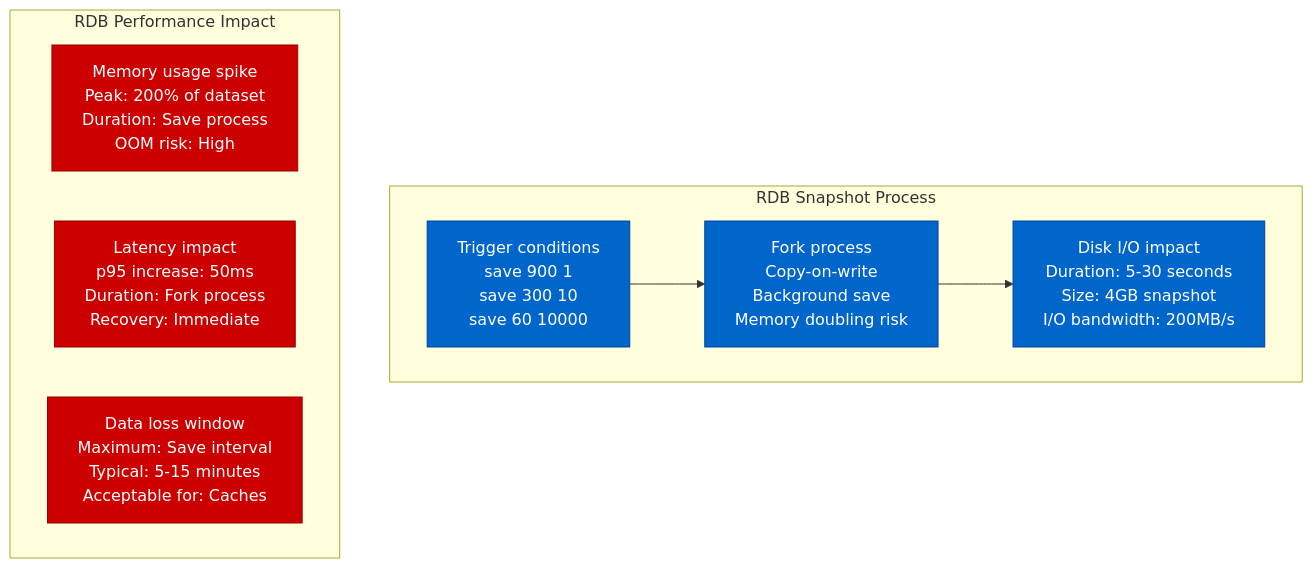
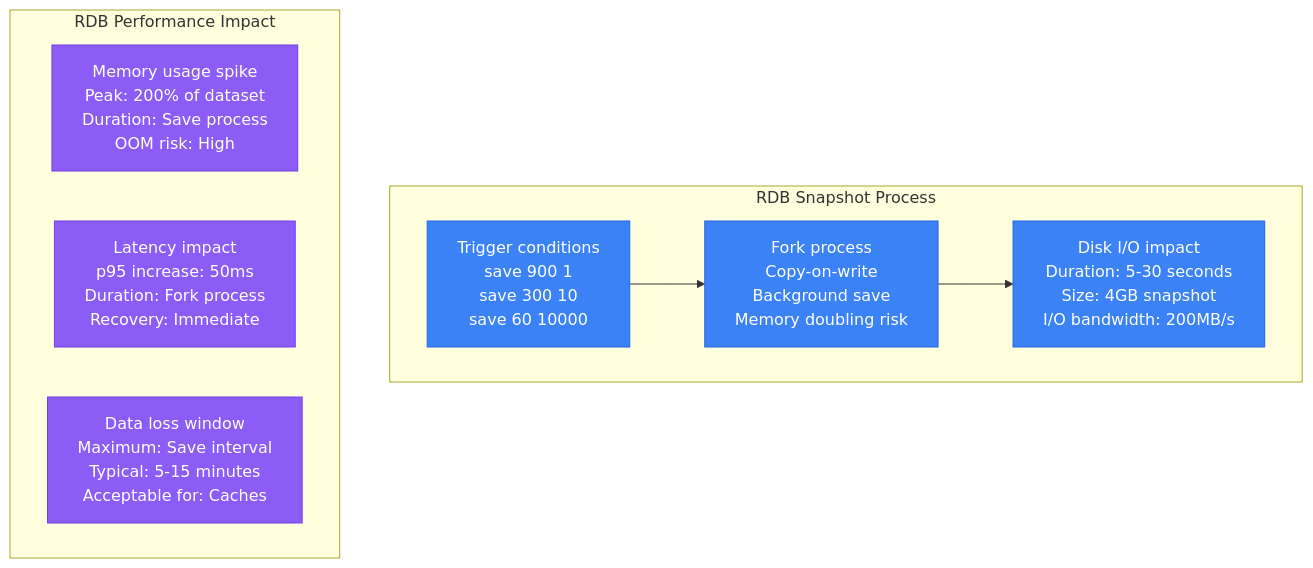
Before and after one commit to deepaucksharma/DS: the fourth of 15 diagrams in site/docs/performance/redis-performance-profile.md, drawn with Mermaid. The commit also changed other lines of this file and 303 other files, not shown here.

````diff
--- a/site/docs/performance/redis-performance-profile.md
+++ b/site/docs/performance/redis-performance-profile.md
@@ -134,26 +134,26 @@
 ```mermaid
 graph TB
     subgraph "RDB Snapshot Process"
         RDB1[Trigger conditions<br/>save 900 1<br/>save 300 10<br/>save 60 10000]
 
         RDB2[Fork process<br/>Copy-on-write<br/>Background save<br/>Memory doubling risk]
 
         RDB3[Disk I/O impact<br/>Duration: 5-30 seconds<br/>Size: 4GB snapshot<br/>I/O bandwidth: 200MB/s]
 
         RDB1 --> RDB2 --> RDB3
     end
 
     subgraph "RDB Performance Impact"
         RDBP1[Memory usage spike<br/>Peak: 200% of dataset<br/>Duration: Save process<br/>OOM risk: High]
 
         RDBP2[Latency impact<br/>p95 increase: 50ms<br/>Duration: Fork process<br/>Recovery: Immediate]
 
         RDBP3[Data loss window<br/>Maximum: Save interval<br/>Typical: 5-15 minutes<br/>Acceptable for: Caches]
     end
 
-    classDef processStyle fill:#0066CC,stroke:#004499,color:#fff
-    classDef impactStyle fill:#CC0000,stroke:#990000,color:#fff
+    classDef processStyle fill:#3B82F6,stroke:#2563EB,color:#fff
+    classDef impactStyle fill:#8B5CF6,stroke:#7C3AED,color:#fff
 
     class RDB1,RDB2,RDB3 processStyle
     class RDBP1,RDBP2,RDBP3 impactStyle
 ```
````
